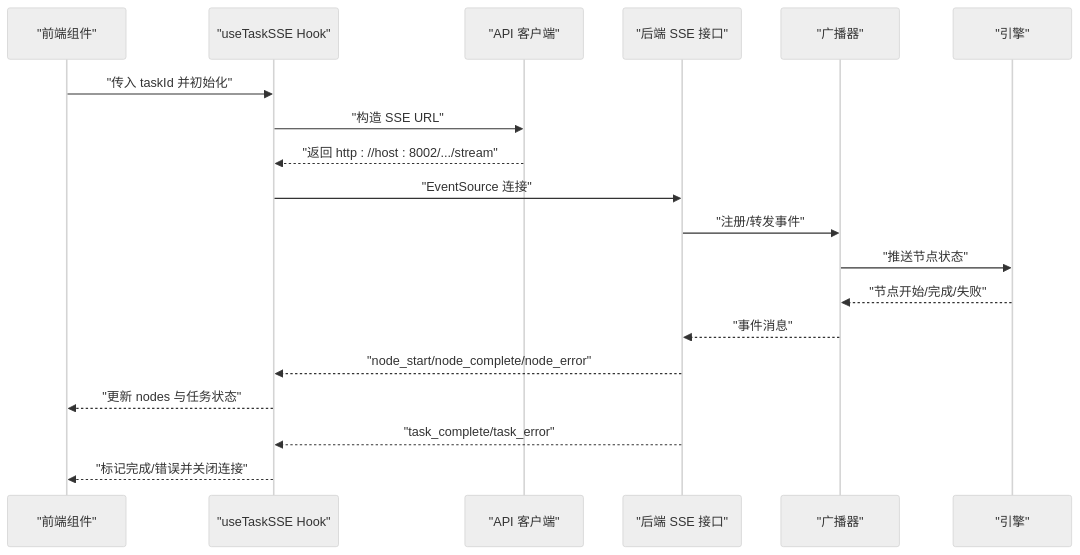
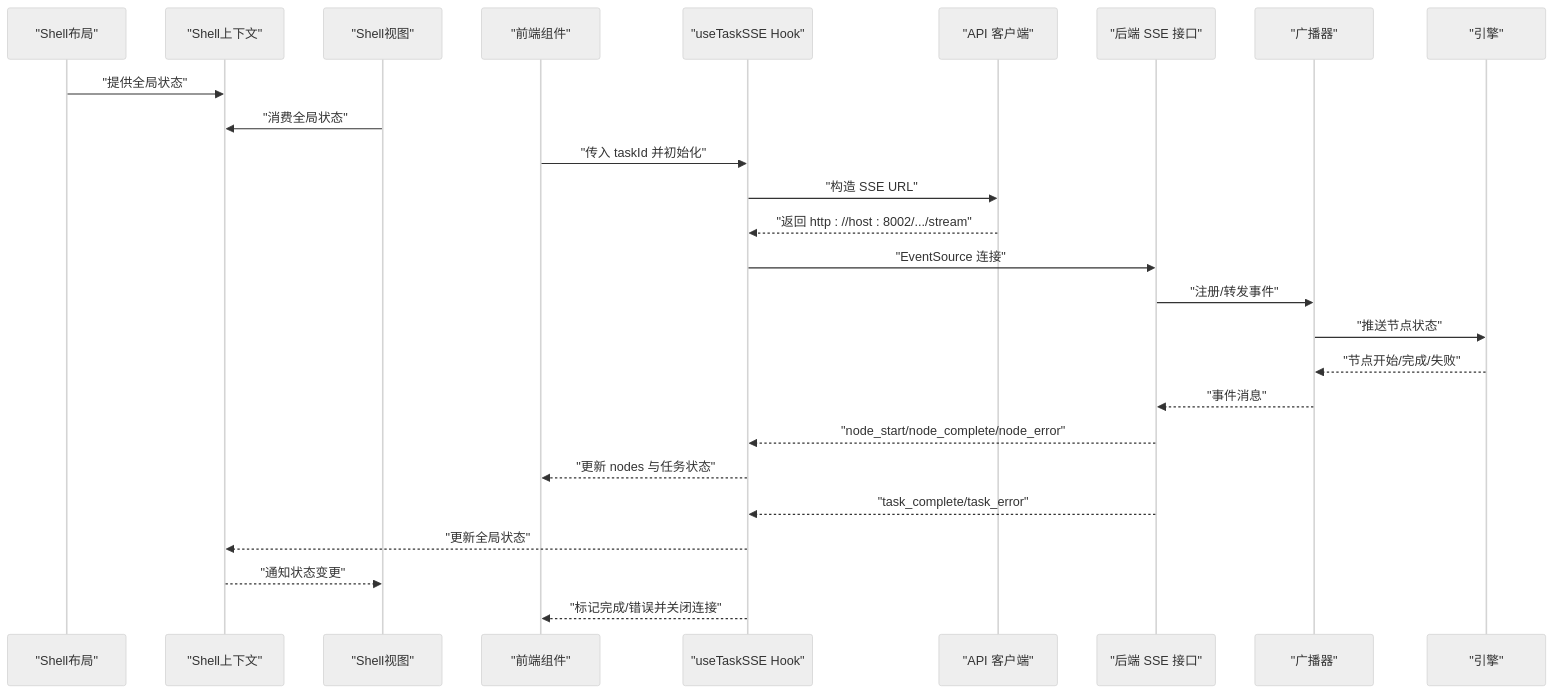
Before and after one commit to sansansansansan2022-web/hotclaw: the second of 12 diagrams in .qoder/repowiki/zh/content/前端开发/状态管理/状态管理.md, drawn with Mermaid (neutral theme). The commit also changed other lines of this file and 860 other files, not shown here.

````diff
--- a/.qoder/repowiki/zh/content/前端开发/状态管理/状态管理.md
+++ b/.qoder/repowiki/zh/content/前端开发/状态管理/状态管理.md
@@ -142,21 +170,28 @@
 ```mermaid
 sequenceDiagram
+participant SL as "Shell布局"
+participant SC as "Shell上下文"
+participant SV as "Shell视图"
 participant C as "前端组件"
 participant H as "useTaskSSE Hook"
 participant A as "API 客户端"
 participant S as "后端 SSE 接口"
 participant B as "广播器"
 participant E as "引擎"
+SL->>SC : "提供全局状态"
+SV->>SC : "消费全局状态"
 C->>H : "传入 taskId 并初始化"
 H->>A : "构造 SSE URL"
 A-->>H : "返回 http : //host : 8002/.../stream"
 H->>S : "EventSource 连接"
 S->>B : "注册/转发事件"
 B->>E : "推送节点状态"
 E-->>B : "节点开始/完成/失败"
 B-->>S : "事件消息"
 S-->>H : "node_start/node_complete/node_error"
 H-->>C : "更新 nodes 与任务状态"
 S-->>H : "task_complete/task_error"
+H-->>SC : "更新全局状态"
+SC-->>SV : "通知状态变更"
 H-->>C : "标记完成/错误并关闭连接"
 ```
````
